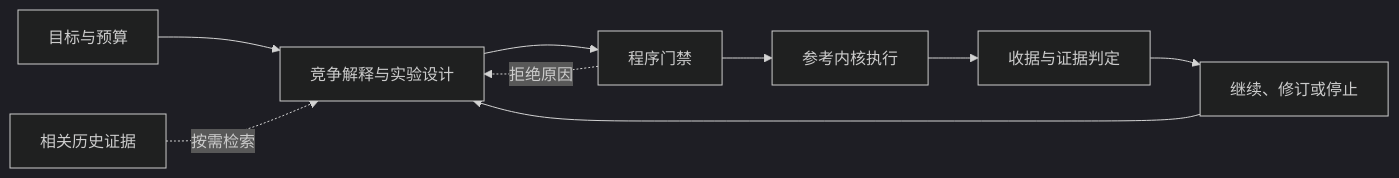
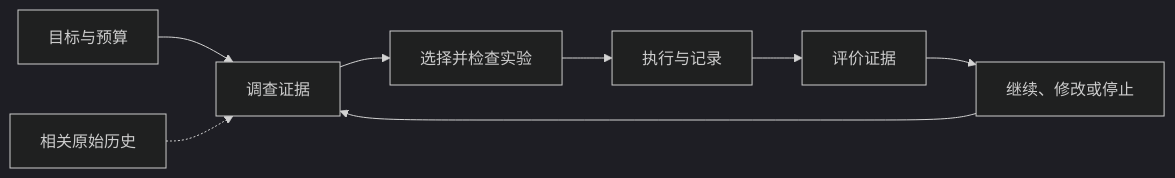
One commit to kongtou20070406/RDS changed the diagram in README.zh-CN.md. Above: the diagram before and after it, drawn with Mermaid (dark theme). The commit also changed other lines of this file and 61 other files, not shown here.

````diff
--- a/README.zh-CN.md
+++ b/README.zh-CN.md
@@ -167,11 +130,10 @@
 ```mermaid
 flowchart LR
-    A[目标与预算] --> B[竞争解释与实验设计]
-    H[相关历史证据] -. 按需检索 .-> B
-    B --> C[程序门禁]
-    C --> D[参考内核执行]
-    D --> E[收据与证据判定]
-    E --> F[继续、修订或停止]
+    A[目标与预算] --> B[调查证据]
+    B --> C[选择并检查实验]
+    C --> D[执行与记录]
+    D --> E[评价证据]
+    E --> F[继续、修改或停止]
     F --> B
-    C -. 拒绝原因 .-> B
+    H[相关原始历史] -.-> B
 ```
````
